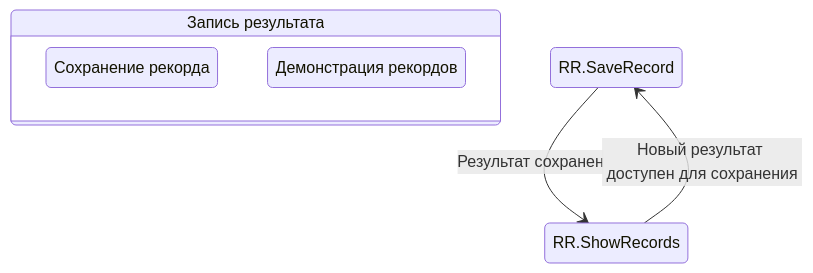
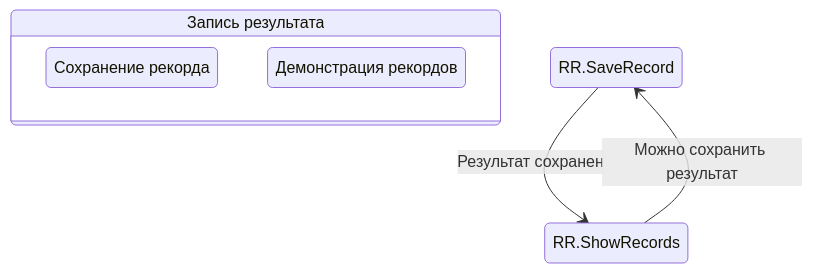
Before and after one commit to DoNik226/software_development: the third of 6 diagrams in docs/behavior.md, drawn with Mermaid. The commit also changed other lines of this file, not shown here.

````diff
--- a/docs/behavior.md
+++ b/docs/behavior.md
@@ -31,9 +31,9 @@
 ```mermaid
 stateDiagram-v2
     state "Запись результата" as RR {
         SaveRecord : Сохранение рекорда
         ShowRecords : Демонстрация рекордов
     }
     RR.SaveRecord --> RR.ShowRecords : Результат сохранен
-    RR.ShowRecords --> RR.SaveRecord :        Новый результат доступен для сохранения
+    RR.ShowRecords --> RR.SaveRecord : Можно сохранить результат
 ```
````
